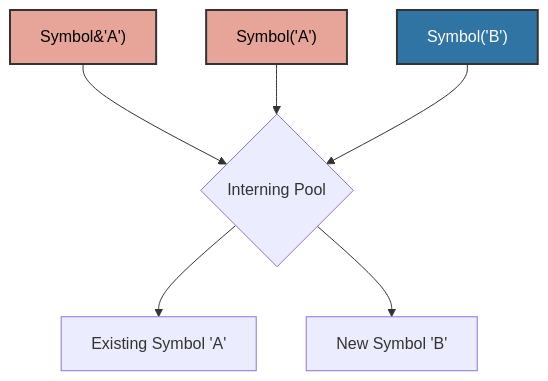
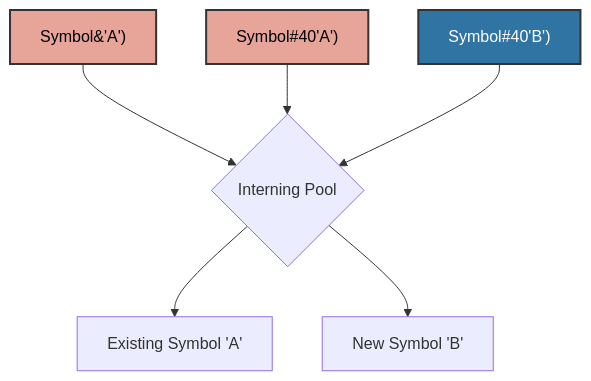
Before and after one commit to ikko/sym: the first of 2 diagrams in docs/readme_details/1_symbol_fundamental_building_block/index.md, drawn with Mermaid. The commit also changed 38 other files, not shown here.

Commit message:
mermaids maybe fixed

````diff
--- a/docs/readme_details/1_symbol_fundamental_building_block/index.md
+++ b/docs/readme_details/1_symbol_fundamental_building_block/index.md
@@ -13,13 +13,13 @@
 ```mermaid
 graph TD
     A[Symbol&'A'#41;] --> B{Interning Pool};
     B --> C[Existing Symbol 'A'];
-    D[Symbol#40;'A'#41;] --> B;
-    E[Symbol#40;'B'#41;] --> B;
+    D[Symbol#40'A'#41;] --> B;
+    E[Symbol#40'B'#41;] --> B;
     B --> F[New Symbol 'B'];
     style E fill:#ed4561,stroke:#333,stroke-width:2px,color:#FFFFFF;
 
     style A fill:#e7a499,stroke:#333,stroke-width:2px,color:#000000;
     style D fill:#e7a499,stroke:#333,stroke-width:2px,color:#000000;
     style E fill:#3074a3,stroke:#333,stroke-width:2px,color:#FFFFFF;
 ```
````
